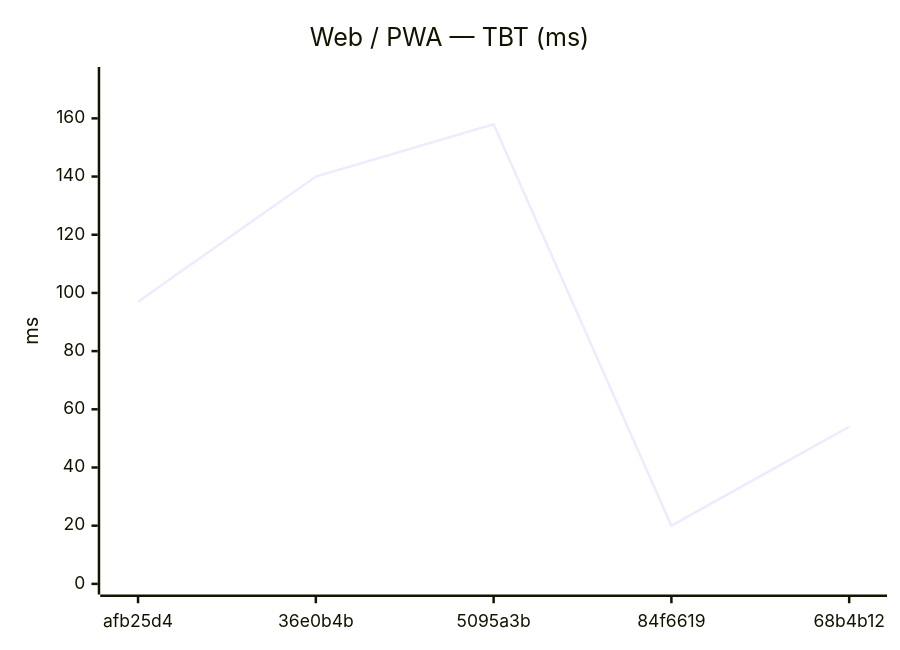
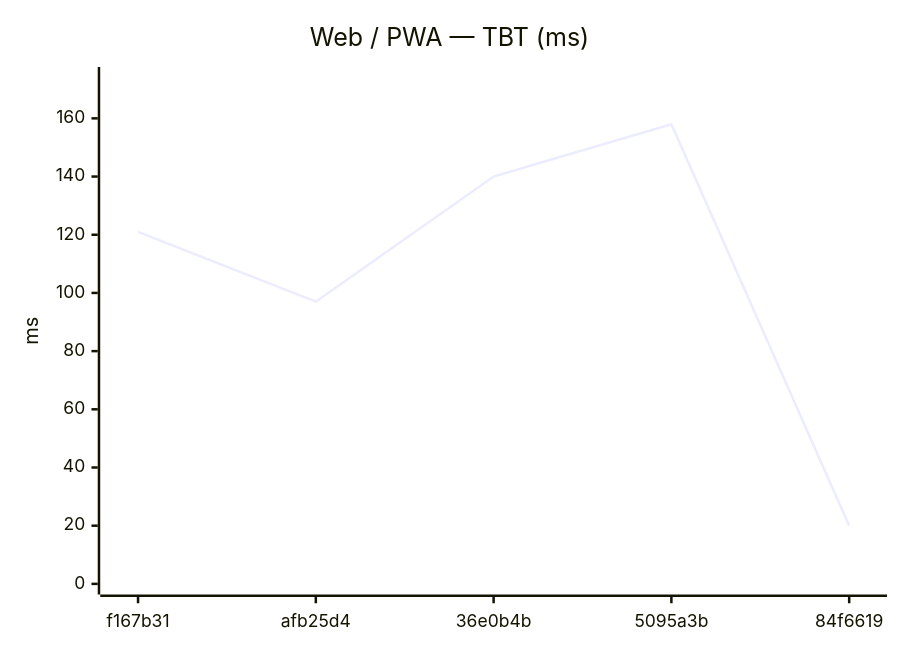
One commit to Metaheurist/Rianell changed the eighth of 18 diagrams in benchmarks/compare.md. Above: the diagram before and after it, drawn with Mermaid. The commit also changed other lines of this file and 11 other files, not shown here.

````diff
--- a/benchmarks/compare.md
+++ b/benchmarks/compare.md
@@ -124,7 +124,7 @@
 ```mermaid
 xychart-beta
     title "Web / PWA — TBT (ms)"
-    x-axis ["afb25d4", "36e0b4b", "5095a3b", "84f6619", "68b4b12"]
+    x-axis ["f167b31", "afb25d4", "36e0b4b", "5095a3b", "84f6619"]
     y-axis "ms" 0 --> 174
-    line [97, 140, 158, 20, 54]
+    line [121, 97, 140, 158, 20]
 ```
````
